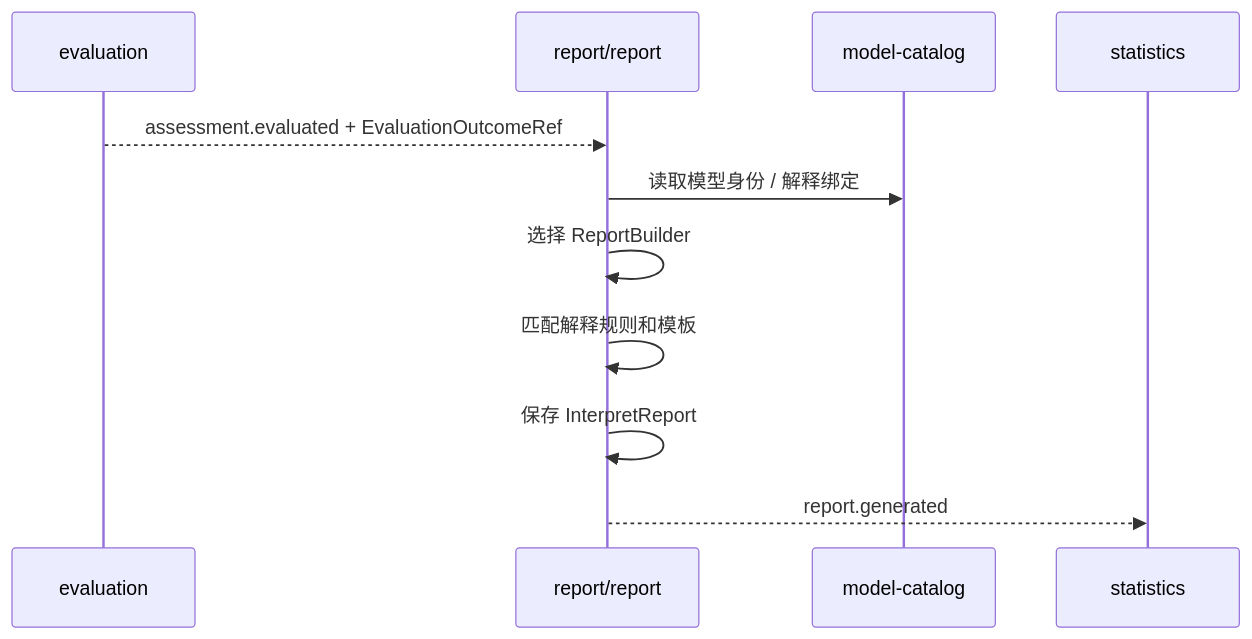
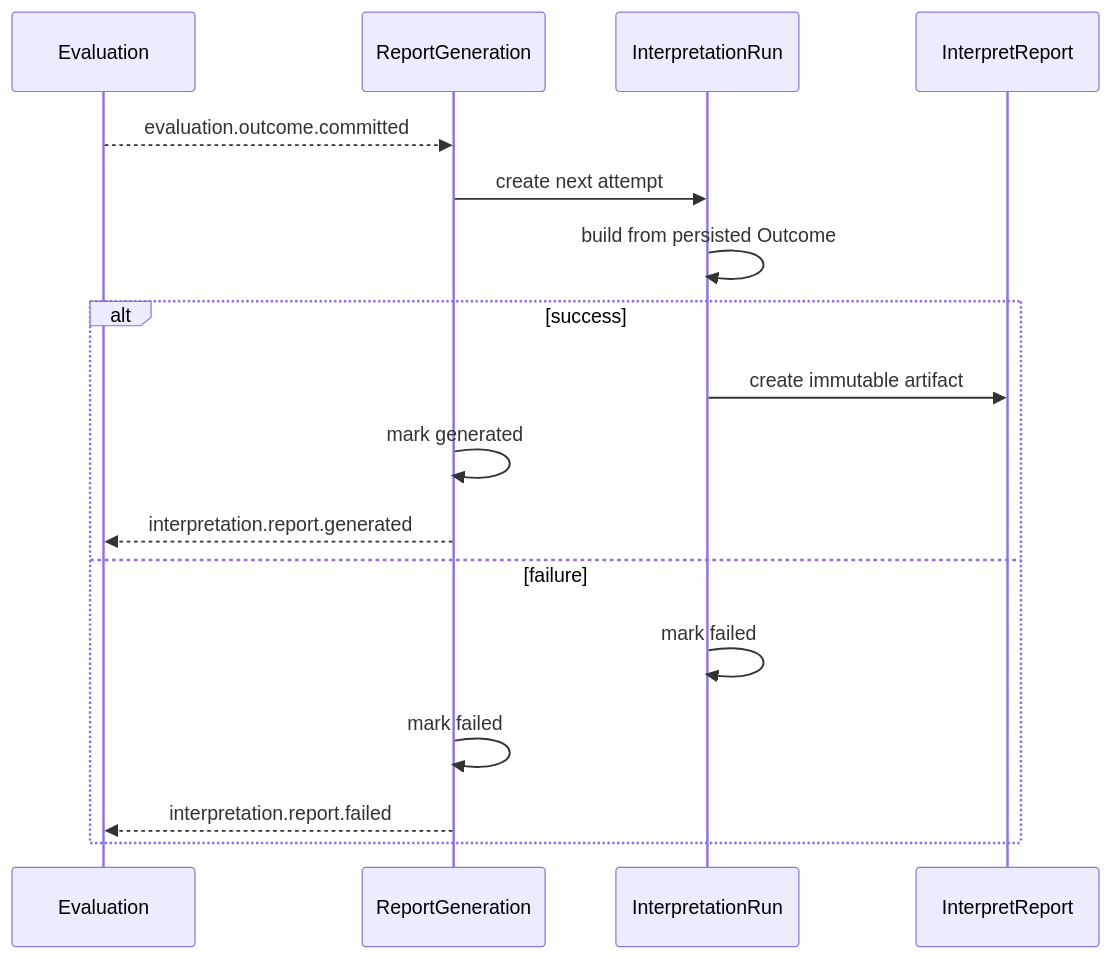
Before and after one commit to FangcunMount/qs-server: the diagram in docs/02-业务模块/40-interpretation/04-报告生成链路.md, drawn with Mermaid. The commit also changed other lines of this file and 17 other files, not shown here.

````diff
--- a/docs/02-业务模块/40-interpretation/04-报告生成链路.md
+++ b/docs/02-业务模块/40-interpretation/04-报告生成链路.md
@@ -43,14 +5,19 @@
 ```mermaid
 sequenceDiagram
-    participant E as evaluation
-    participant R as report/report
-    participant M as model-catalog
-    participant ST as statistics
-
-    E-->>R: assessment.evaluated + EvaluationOutcomeRef
-    R->>M: 读取模型身份 / 解释绑定
-    R->>R: 选择 ReportBuilder
-    R->>R: 匹配解释规则和模板
-    R->>R: 保存 InterpretReport
-    R-->>ST: report.generated
+    participant E as Evaluation
+    participant G as ReportGeneration
+    participant R as InterpretationRun
+    participant P as InterpretReport
+    E-->>G: evaluation.outcome.committed
+    G->>R: create next attempt
+    R->>R: build from persisted Outcome
+    alt success
+        R->>P: create immutable artifact
+        G->>G: mark generated
+        G-->>E: interpretation.report.generated
+    else failure
+        R->>R: mark failed
+        G->>G: mark failed
+        G-->>E: interpretation.report.failed
+    end
 ```
````
